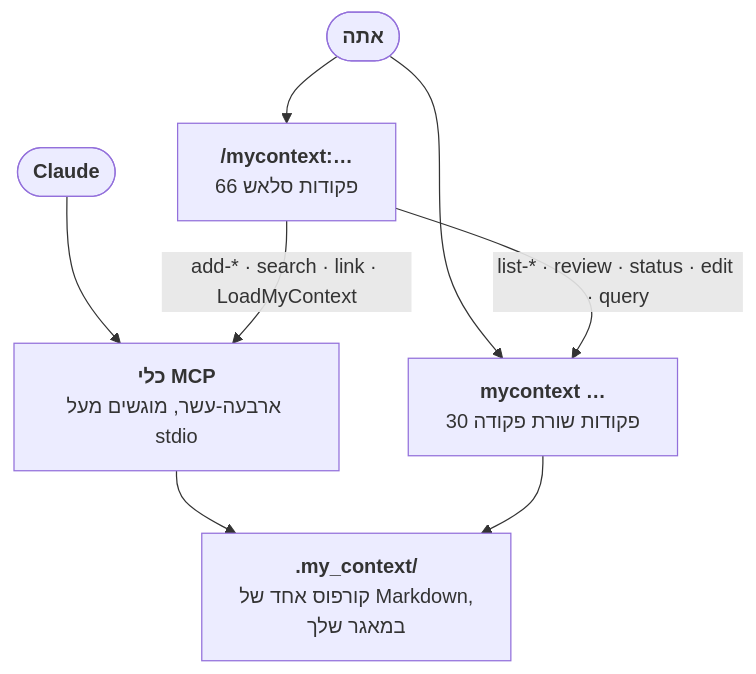
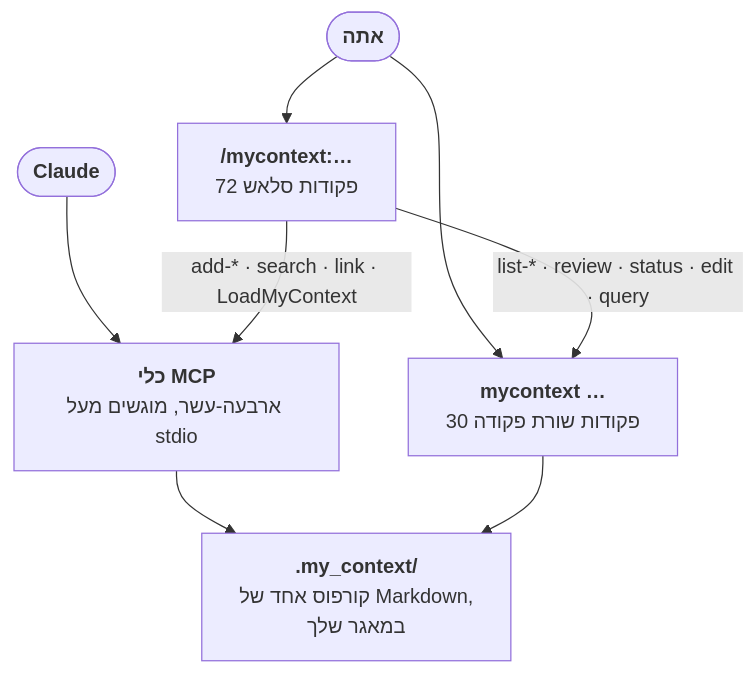
One commit to Dudi-Bar-On/my-context changed the fourth of 5 diagrams in docs/README.he.md. Above: the diagram before and after it, drawn with Mermaid. The commit also changed other lines of this file and 18 other files, not shown here.

````diff
--- a/docs/README.he.md
+++ b/docs/README.he.md
@@ -1856,10 +1871,10 @@
 ```mermaid
 flowchart TB
-  U(["<b>אתה</b>"]) --> SL["<b>/mycontext:…</b><br/>66 פקודות סלאש"]
+  U(["<b>אתה</b>"]) --> SL["<b>/mycontext:…</b><br/>72 פקודות סלאש"]
   U --> CL["<b>mycontext …</b><br/>30 פקודות שורת פקודה"]
   A(["<b>Claude</b>"]) --> TL["<b>כלי MCP</b><br/>ארבעה-עשר, מוגשים מעל stdio"]
   SL -->|"add-* · search · link · LoadMyContext"| TL
   SL -->|"list-* · review · status · edit · query"| CL
   TL --> CO["<b>.my_context/</b><br/>קורפוס אחד של Markdown,<br/>במאגר שלך"]
   CL --> CO
 ```
````
